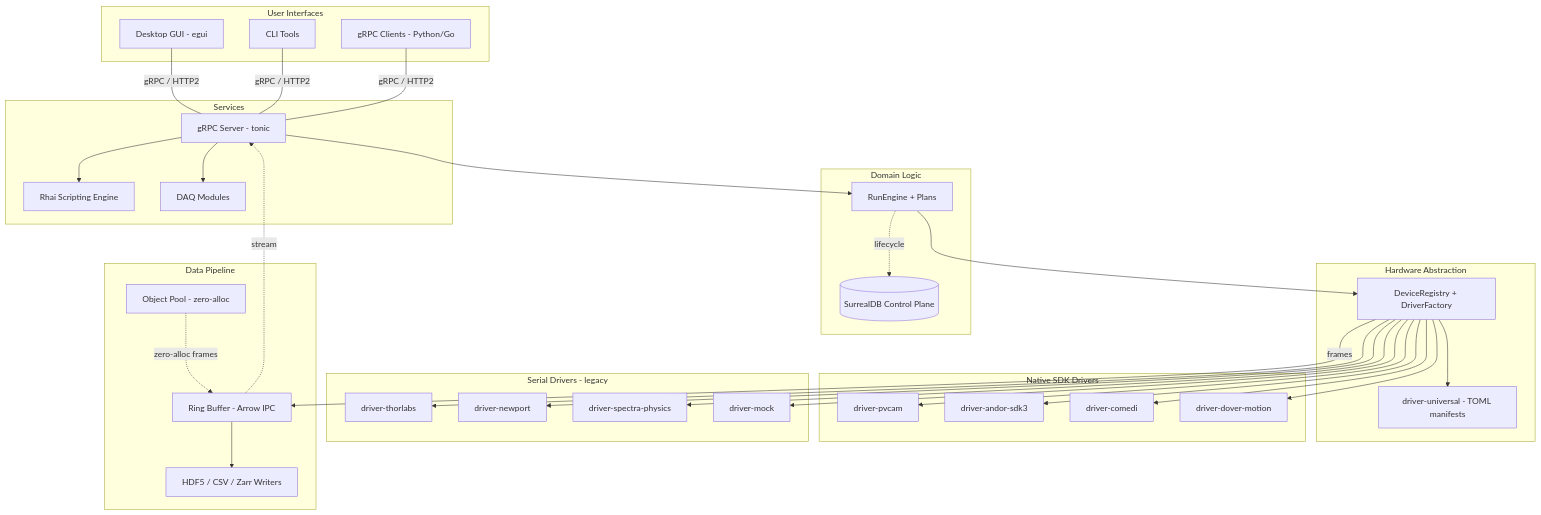
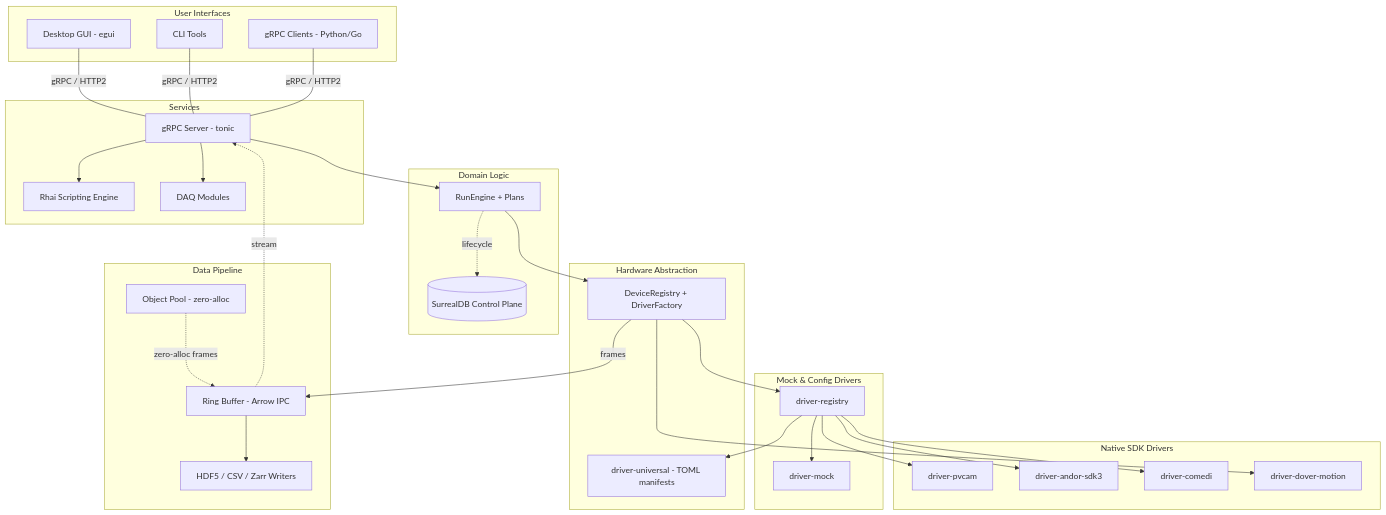
One commit to easternanemone/rudaq changed the diagram in README.md. Above: the diagram before and after it, drawn with Mermaid. The commit also changed other lines of this file and 27 other files, not shown here.

First line of the commit message:
docs: comprehensive documentation update — remove phantom crates, add driver-registry (#409)

````diff
--- a/README.md
+++ b/README.md
@@ -47,66 +47,62 @@
 ```mermaid
 graph TD
     subgraph "User Interfaces"
         GUI[Desktop GUI - egui]
         CLI[CLI Tools]
         GRPC_CLIENT[gRPC Clients - Python/Go]
     end
 
     subgraph "Services"
         SERVER[gRPC Server - tonic]
         SCRIPT[Rhai Scripting Engine]
         MODULES[DAQ Modules]
     end
 
     subgraph "Domain Logic"
         ENGINE[RunEngine + Plans]
         DB[(SurrealDB Control Plane)]
     end
 
     subgraph "Hardware Abstraction"
         HAL[DeviceRegistry + DriverFactory]
         UNIVERSAL[driver-universal - TOML manifests]
     end
 
     subgraph "Native SDK Drivers"
         PVCAM[driver-pvcam]
         ANDOR[driver-andor-sdk3]
         COMEDI[driver-comedi]
         DOVER[driver-dover-motion]
     end
 
-    subgraph "Serial Drivers - legacy"
-        THORLABS[driver-thorlabs]
-        NEWPORT[driver-newport]
-        SPECTRA[driver-spectra-physics]
+    subgraph "Mock & Config Drivers"
         MOCK[driver-mock]
+        REGISTRY[driver-registry]
     end
 
     subgraph "Data Pipeline"
         RING[Ring Buffer - Arrow IPC]
         STORAGE[HDF5 / CSV / Zarr Writers]
         POOL[Object Pool - zero-alloc]
     end
 
     GUI ---|gRPC / HTTP2| SERVER
     CLI ---|gRPC / HTTP2| SERVER
     GRPC_CLIENT ---|gRPC / HTTP2| SERVER
     SERVER --> SCRIPT
     SERVER --> MODULES
     SERVER --> ENGINE
     ENGINE --> HAL
     ENGINE -.->|lifecycle| DB
-    HAL --> UNIVERSAL
-    HAL --> PVCAM
-    HAL --> ANDOR
-    HAL --> COMEDI
+    HAL --> REGISTRY
+    REGISTRY --> UNIVERSAL
+    REGISTRY --> PVCAM
+    REGISTRY --> ANDOR
+    REGISTRY --> COMEDI
+    REGISTRY --> MOCK
     HAL --> DOVER
-    HAL --> THORLABS
-    HAL --> NEWPORT
-    HAL --> SPECTRA
-    HAL --> MOCK
     HAL -->|frames| RING
     RING --> STORAGE
     RING -.->|stream| SERVER
     POOL -.->|zero-alloc frames| RING
 ```
````
